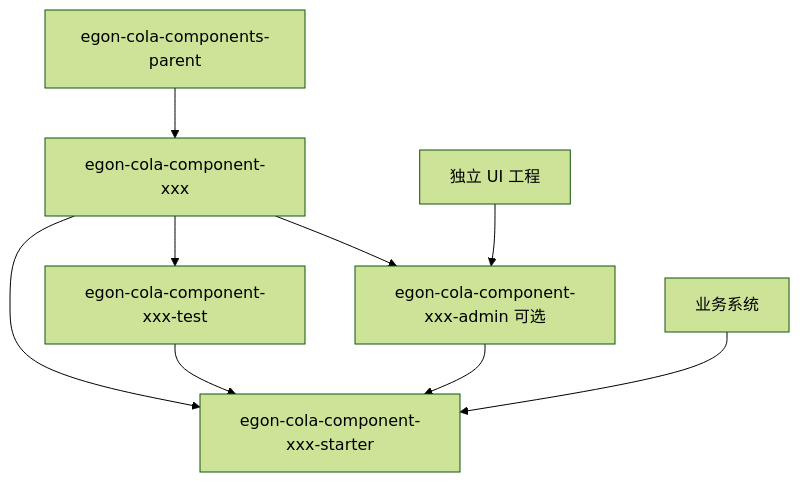
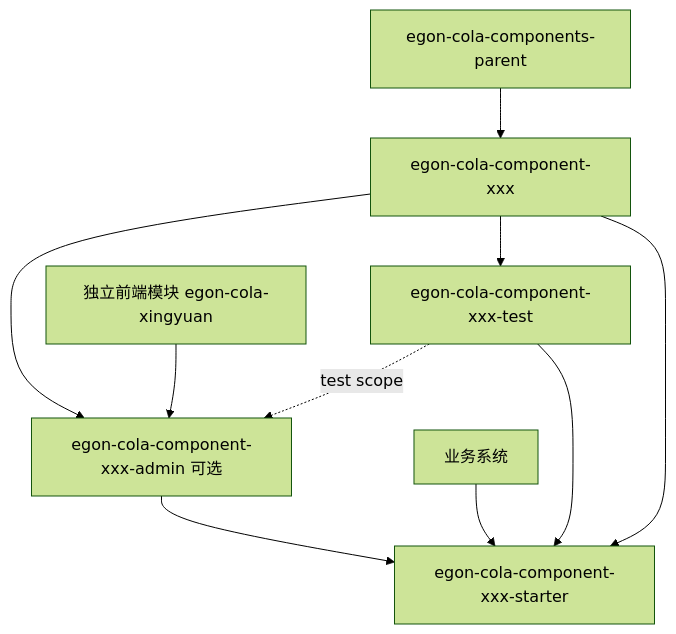
Before and after one commit to AllenDEricDAlexander/Egon-COLA: the first of 3 diagrams in egon-cola-components/egon-cola-components-architecture.md, drawn with Mermaid (forest theme). The commit also changed other lines of this file, not shown here.

````diff
--- a/egon-cola-components/egon-cola-components-architecture.md
+++ b/egon-cola-components/egon-cola-components-architecture.md
@@ -120,11 +135,12 @@
 ```mermaid
 graph TD
     A[egon-cola-components-parent] --> B[egon-cola-component-xxx]
     B --> C[egon-cola-component-xxx-starter]
     B --> D[egon-cola-component-xxx-test]
     B --> E[egon-cola-component-xxx-admin 可选]
     D --> C
     E --> C
+    D -. test scope .-> E
     F[业务系统] --> C
-    G[独立 UI 工程] --> E
+    G[独立前端模块 egon-cola-xingyuan] --> E
 ```
````
